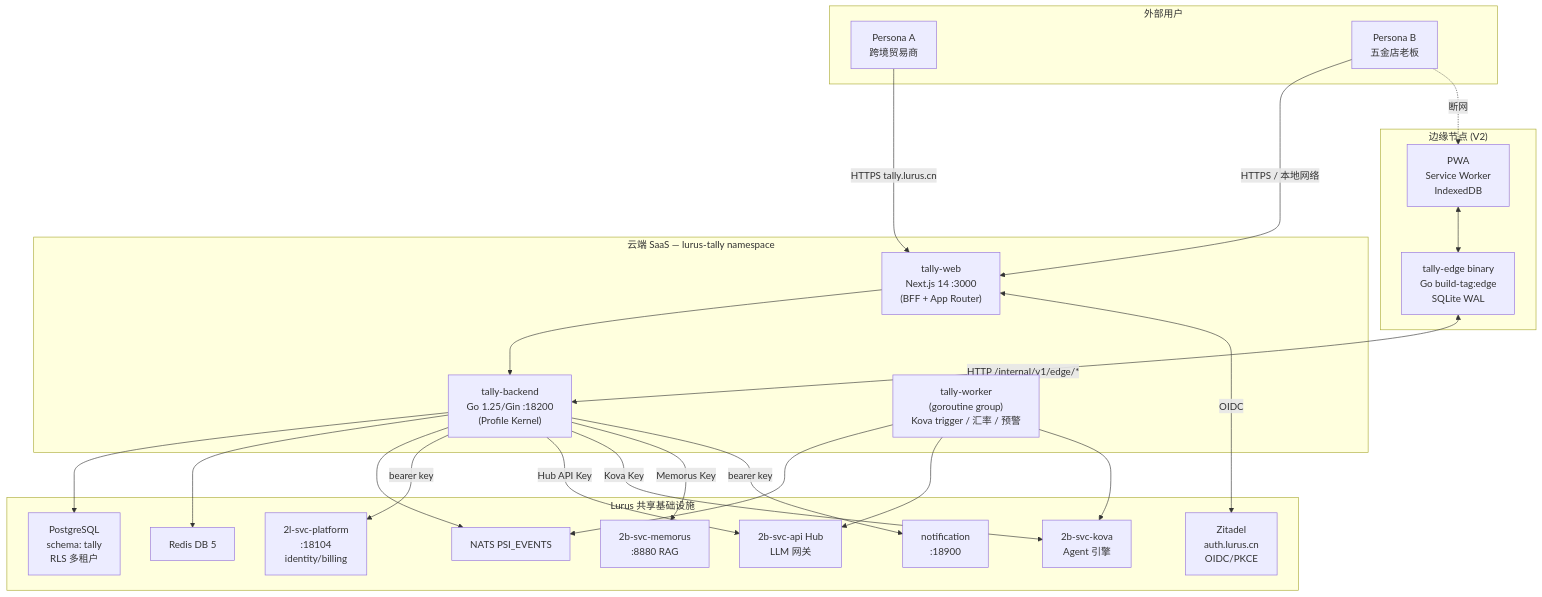
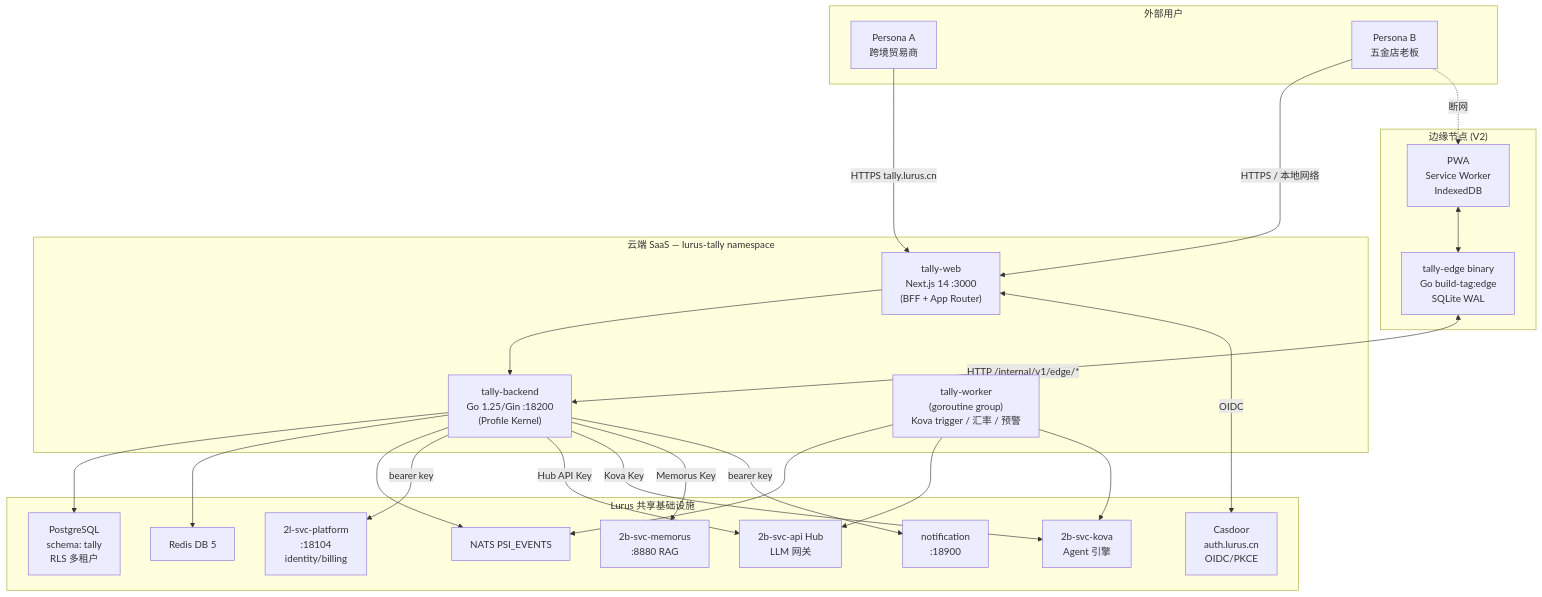
One commit to hanmahong5-arch/lurus-docs changed the first of 6 diagrams in internal/products/tally.md. Above: the diagram before and after it, drawn with Mermaid. The commit also changed other lines of this file and 30 other files, not shown here.

Commit message:
docs(internal): IdP 术语同步 Zitadel → Casdoor(vendor-neutral OIDC 迁移文档面)

````diff
--- a/internal/products/tally.md
+++ b/internal/products/tally.md
@@ -120,45 +120,45 @@
 ```mermaid
 flowchart TB
     subgraph Users["外部用户"]
         UA["Persona A\n跨境贸易商"]
         UB["Persona B\n五金店老板"]
     end
 
     subgraph Cloud["云端 SaaS — lurus-tally namespace"]
         WEB["tally-web\nNext.js 14 :3000\n(BFF + App Router)"]
         BE["tally-backend\nGo 1.25/Gin :18200\n(Profile Kernel)"]
         WK["tally-worker\n(goroutine group)\nKova trigger / 汇率 / 预警"]
     end
 
     subgraph Edge["边缘节点 (V2)"]
         EB["tally-edge binary\nGo build-tag:edge\nSQLite WAL"]
         PWA["PWA\nService Worker\nIndexedDB"]
     end
 
     subgraph Platform["Lurus 共享基础设施"]
         PG["PostgreSQL\nschema: tally\nRLS 多租户"]
         RD["Redis DB 5"]
         NT["NATS PSI_EVENTS"]
         PLT["2l-svc-platform\n:18104\nidentity/billing"]
         HUB["2b-svc-api Hub\nLLM 网关"]
         KV["2b-svc-kova\nAgent 引擎"]
         MEM["2b-svc-memorus\n:8880 RAG"]
         NOTIF["notification\n:18900"]
-        ZIT["Zitadel\nauth.lurus.cn\nOIDC/PKCE"]
+        ZIT["Casdoor\nauth.lurus.cn\nOIDC/PKCE"]
     end
 
     UA -->|HTTPS tally.lurus.cn| WEB
     UB -->|HTTPS / 本地网络| WEB
     UB -.->|断网| PWA
     WEB --> BE
     BE --> PG & RD & NT
     BE -->|bearer key| PLT
     BE -->|Hub API Key| HUB
     BE -->|Kova Key| KV
     BE -->|Memorus Key| MEM
     BE -->|bearer key| NOTIF
     WEB <-->|OIDC| ZIT
     WK --> NT & HUB & KV
     EB <-->|HTTP /internal/v1/edge/*| BE
     PWA <--> EB
 ```
````
